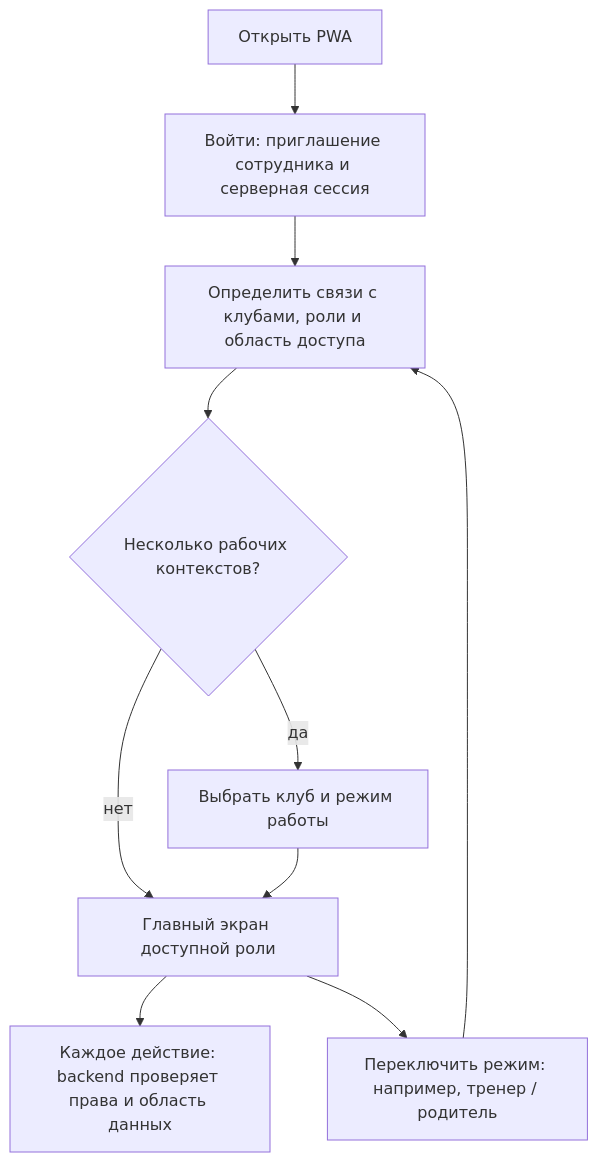
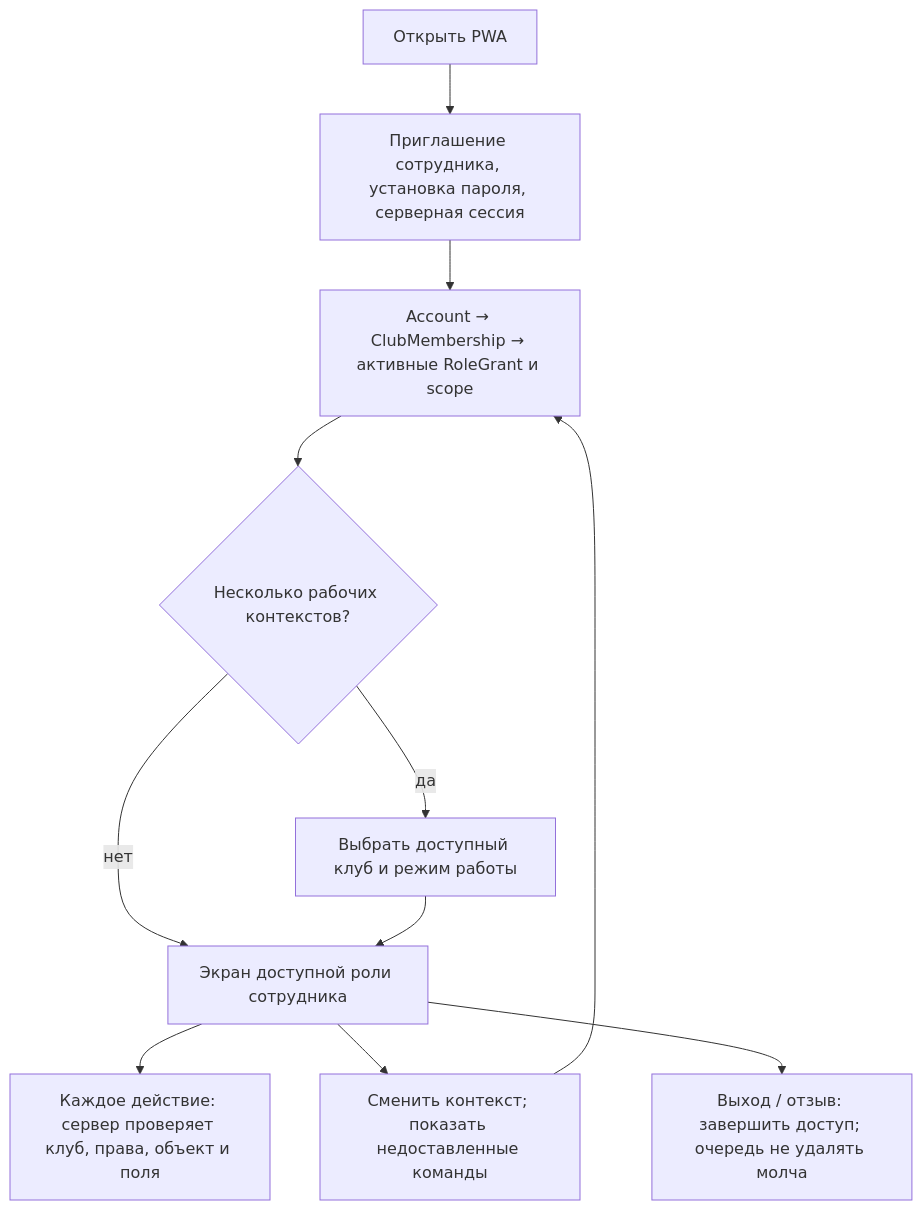
The first of 10 diagrams in planning/APP-FLOWS.md (StarMadeGalaxy/JudeOS), drawn with Mermaid before and after one commit. The commit also changed other lines of this file and 20 other files, not shown here.

Commit message:
docs: align MVP plan and architecture after critical review

````diff
--- a/planning/APP-FLOWS.md
+++ b/planning/APP-FLOWS.md
@@ -7,12 +9,13 @@
 ```mermaid
 flowchart TB
-    Entry["Открыть PWA"] --> Auth["Войти: приглашение сотрудника и серверная сессия"]
-    Auth --> Context["Определить связи с клубами, роли и область доступа"]
+    Entry["Открыть PWA"] --> Auth["Приглашение сотрудника, установка пароля, серверная сессия"]
+    Auth --> Context["Account → ClubMembership → активные RoleGrant и scope"]
     Context --> Count{"Несколько рабочих контекстов?"}
-    Count -->|"да"| Choose["Выбрать клуб и режим работы"]
-    Count -->|"нет"| Home["Главный экран доступной роли"]
+    Count -->|"да"| Choose["Выбрать доступный клуб и режим работы"]
+    Count -->|"нет"| Home["Экран доступной роли сотрудника"]
     Choose --> Home
-    Home --> Guard["Каждое действие: backend проверяет права и область данных"]
-    Home --> Switch["Переключить режим: например, тренер / родитель"]
+    Home --> Guard["Каждое действие: сервер проверяет клуб, права, объект и поля"]
+    Home --> Switch["Сменить контекст; показать недоставленные команды"]
     Switch --> Context
+    Home --> Revoke["Выход / отзыв: завершить доступ; очередь не удалять молча"]
 ```
````
